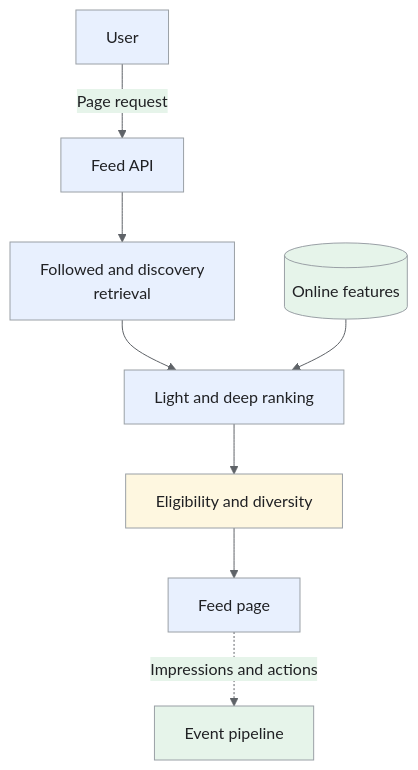
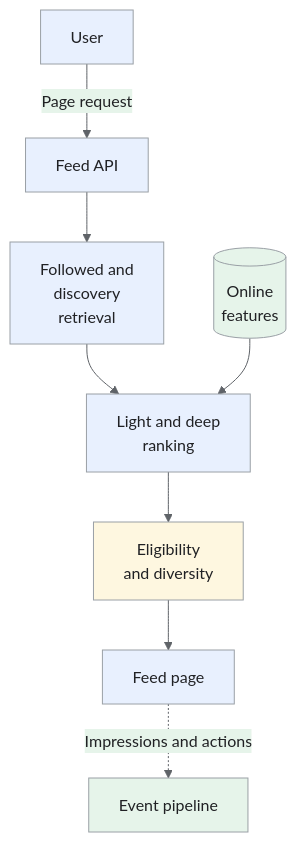
The first of 7 diagrams in _designs/news-feed-ranking.md (iliazlobin/iliazlobin.github.io), drawn with Mermaid before and after one commit. The commit also changed other lines of this file and 116 other files, not shown here.

````diff
--- a/_designs/news-feed-ranking.md
+++ b/_designs/news-feed-ranking.md
@@ -140,18 +129,18 @@
 ```mermaid
 %%{init: {'theme':'base','themeVariables':{'primaryColor':'#e8f0fe','primaryTextColor':'#202124','primaryBorderColor':'#9aa0a6','lineColor':'#5f6368','secondaryColor':'#e6f4ea','tertiaryColor':'#fef7e0','actorBkg':'#e8f0fe','actorBorder':'#9aa0a6','actorTextColor':'#202124','noteBkgColor':'#fef7e0','noteTextColor':'#202124','noteBorderColor':'#9aa0a6','signalColor':'#5f6368','signalTextColor':'#202124','labelBoxBkgColor':'#fef7e0','labelBoxBorderColor':'#9aa0a6'}}}%%
 flowchart TB
     U["User"] -->|"Page request"| API["Feed API"]
-    API --> RET["Followed and discovery<br>retrieval"]
-    RET --> RANK["Light and deep ranking"]
-    RANK --> POLICY["Eligibility and diversity"]
+    API --> RET["Followed and<br>discovery<br>retrieval"]
+    RET --> RANK["Light and deep<br>ranking"]
+    RANK --> POLICY["Eligibility<br>and diversity"]
     POLICY --> OUT["Feed page"]
-    FS[("Online features")] --> RANK
+    FS[("Online<br>features")] --> RANK
     OUT -.->|"Impressions and actions"| LOG["Event pipeline"]
 classDef request fill:#e8f0fe,stroke:#9aa0a6,color:#202124;
 classDef data fill:#e6f4ea,stroke:#9aa0a6,color:#202124;
 classDef control fill:#fef7e0,stroke:#9aa0a6,color:#202124;
 class U,API,RET,RANK,OUT request;
 class FS,LOG data;
 class POLICY control;
 
 ```
````
